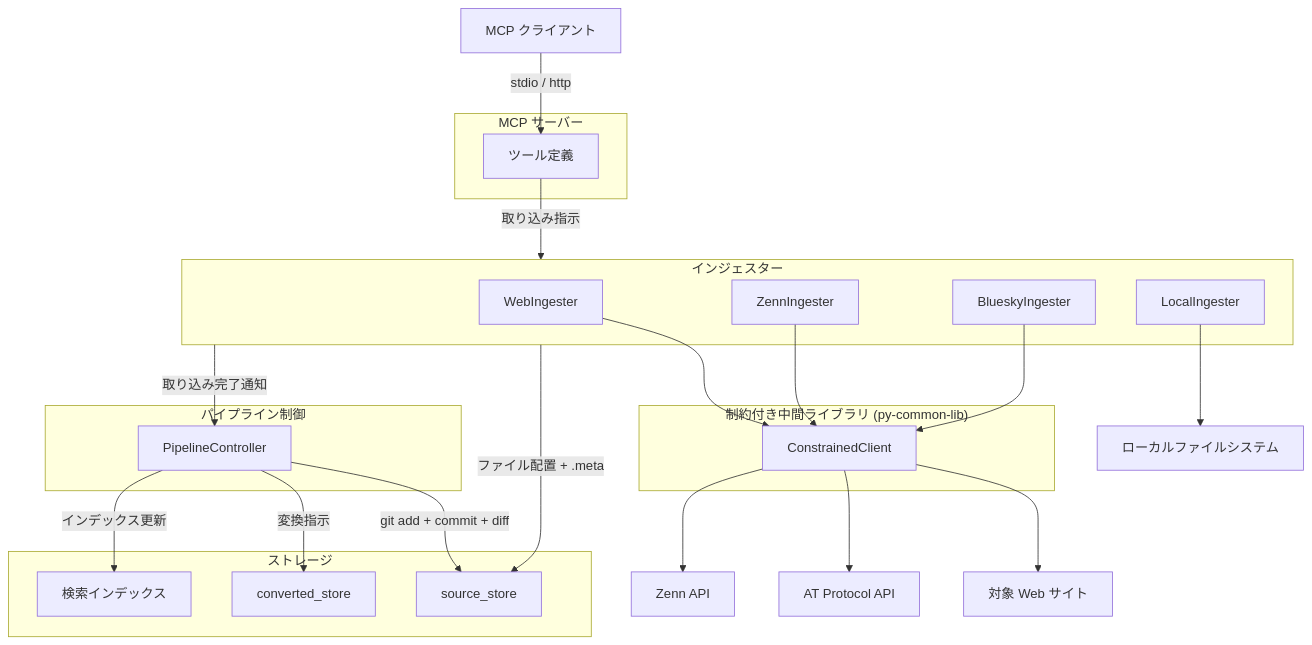
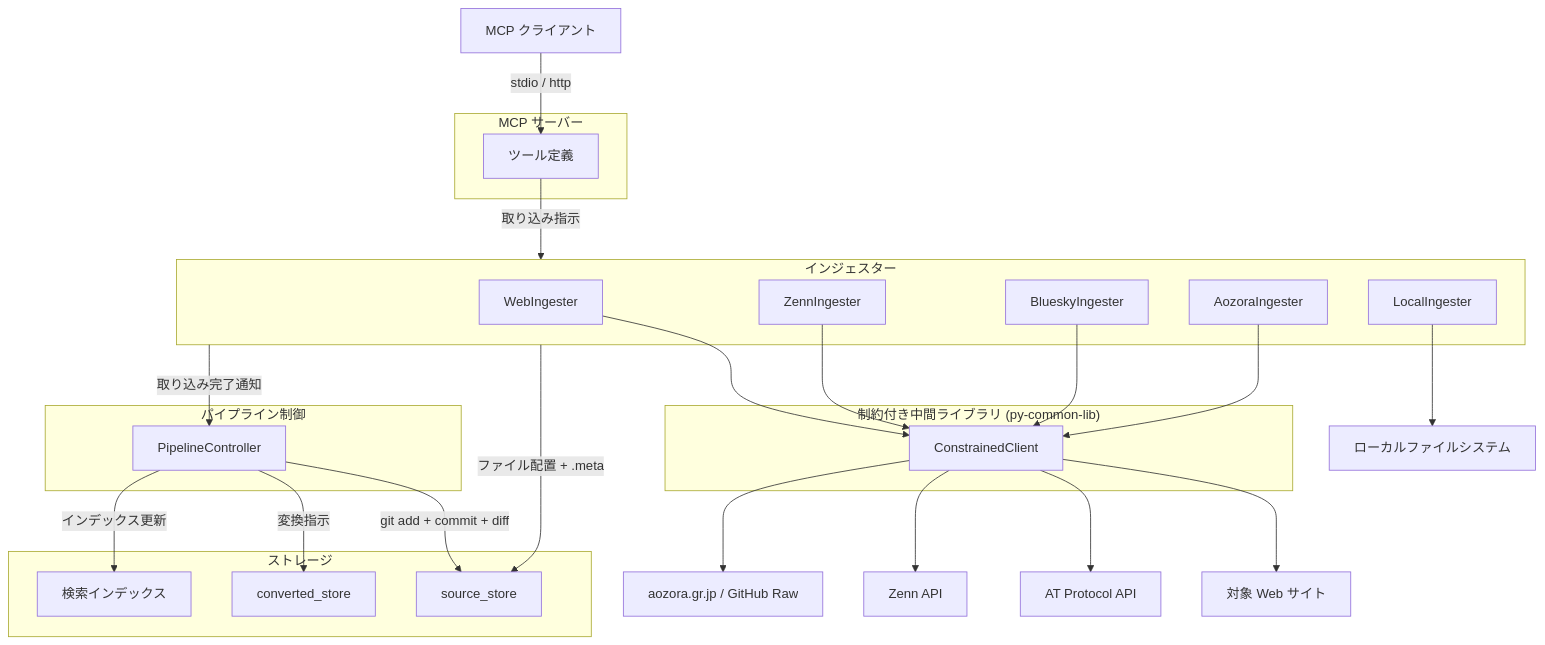
One commit to becky3/rag-knowledge changed the diagram in docs/specs/ingesters/common.md. Above: the diagram before and after it, drawn with Mermaid. The commit also changed other lines of this file and 21 other files, not shown here.

````diff
--- a/docs/specs/ingesters/common.md
+++ b/docs/specs/ingesters/common.md
@@ -114,50 +119,53 @@
 ```mermaid
 flowchart TB
     CLIENT["MCP クライアント"]
 
     subgraph MCP["MCP サーバー"]
         TOOLS["ツール定義"]
     end
 
     subgraph Pipeline["パイプライン制御"]
         PC["PipelineController"]
     end
 
     subgraph Ingesters["インジェスター"]
         WING["WebIngester"]
         ZING["ZennIngester"]
         BING["BlueskyIngester"]
+        AING["AozoraIngester"]
         DING["LocalIngester"]
     end
 
     subgraph Safety["制約付き中間ライブラリ (py-common-lib)"]
         CC["ConstrainedClient"]
     end
 
     subgraph Storage["ストレージ"]
         SS["source_store"]
         CONV["converted_store"]
         IDX["検索インデックス"]
     end
 
     WEB["対象 Web サイト"]
     AT_API["AT Protocol API"]
     ZENN_API["Zenn API"]
     FS["ローカルファイルシステム"]
 
     CLIENT -->|stdio / http| TOOLS
     TOOLS -->|取り込み指示| Ingesters
     WING --> CC
     ZING --> CC
     BING --> CC
     CC --> WEB
     CC --> AT_API
     CC --> ZENN_API
+    AING --> CC
+    CC --> AOZORA["aozora.gr.jp / GitHub Raw"]
     DING --> FS
 
     Ingesters -->|ファイル配置 + .meta| SS
     Ingesters -->|取り込み完了通知| PC
     PC -->|git add + commit + diff| SS
     PC -->|変換指示| CONV
     PC -->|インデックス更新| IDX
 ```
````
